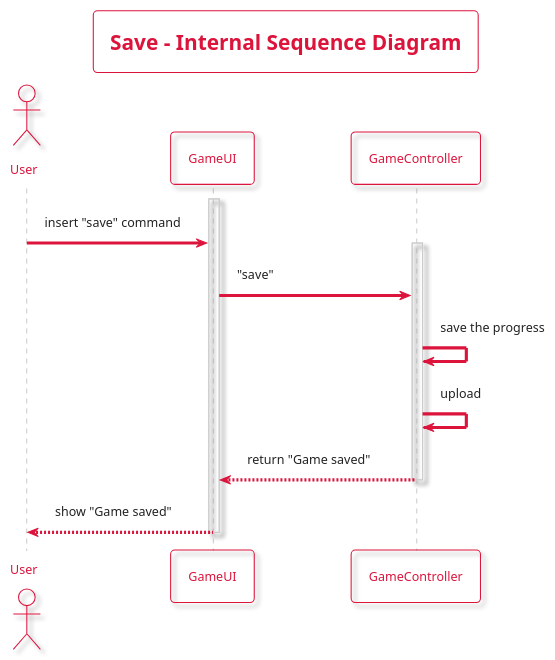
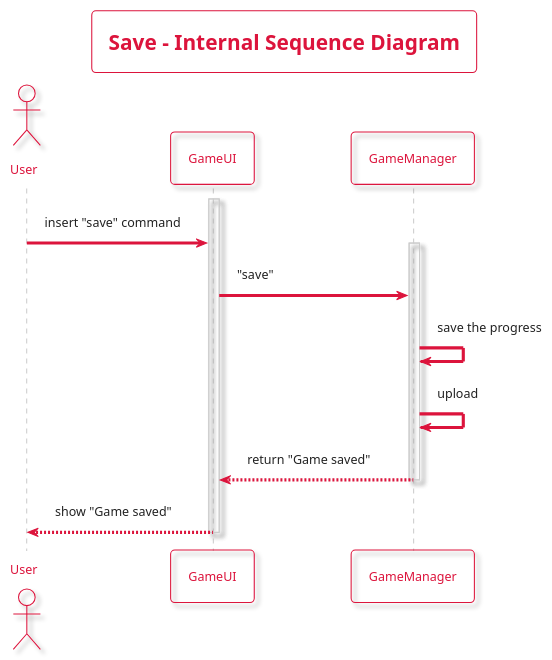
The diagram in docs/uml/SaveInternalSequenceDiagram.plantuml (LimeiGuan/Text_Adventure_Game), drawn with PlantUML before and after one commit.

```diff
--- a/docs/uml/SaveInternalSequenceDiagram.plantuml
+++ b/docs/uml/SaveInternalSequenceDiagram.plantuml
@@ -1,40 +1,40 @@
 @startuml SaveInternalSequenceDiagram
 
 !theme materia-outline
 
 skinparam ArrowColor #DC143C
 skinparam BackgroundColor #FFFFFF
 
 skinparam titleBorderColor #DC143C
 skinparam titleFontColor #DC143C
 
 skinparam ActorBorderColor #DC143C
 skinparam ActorFontColor #DC143C
 
 skinparam ParticipantFontColor #DC143C
 skinparam ParticipantBorderColor #DC143C
 
 title Save - Internal Sequence Diagram
 
 actor User
 participant GameUI
-participant GameController
+participant GameManager
 
 activate GameUI
 User -> GameUI : insert "save" command
 
-activate GameController
-GameUI -> GameController : "save"
+activate GameManager
+GameUI -> GameManager : "save"
 
-GameController -> GameController : save the progress
+GameManager -> GameManager : save the progress
 
-GameController -> GameController : upload
+GameManager -> GameManager : upload
 
-GameController --> GameUI : return "Game saved"
-deactivate GameController
+GameManager --> GameUI : return "Game saved"
+deactivate GameManager
 
 GameUI --> User : show "Game saved"
 
 deactivate GameUI
 
 @enduml
```
